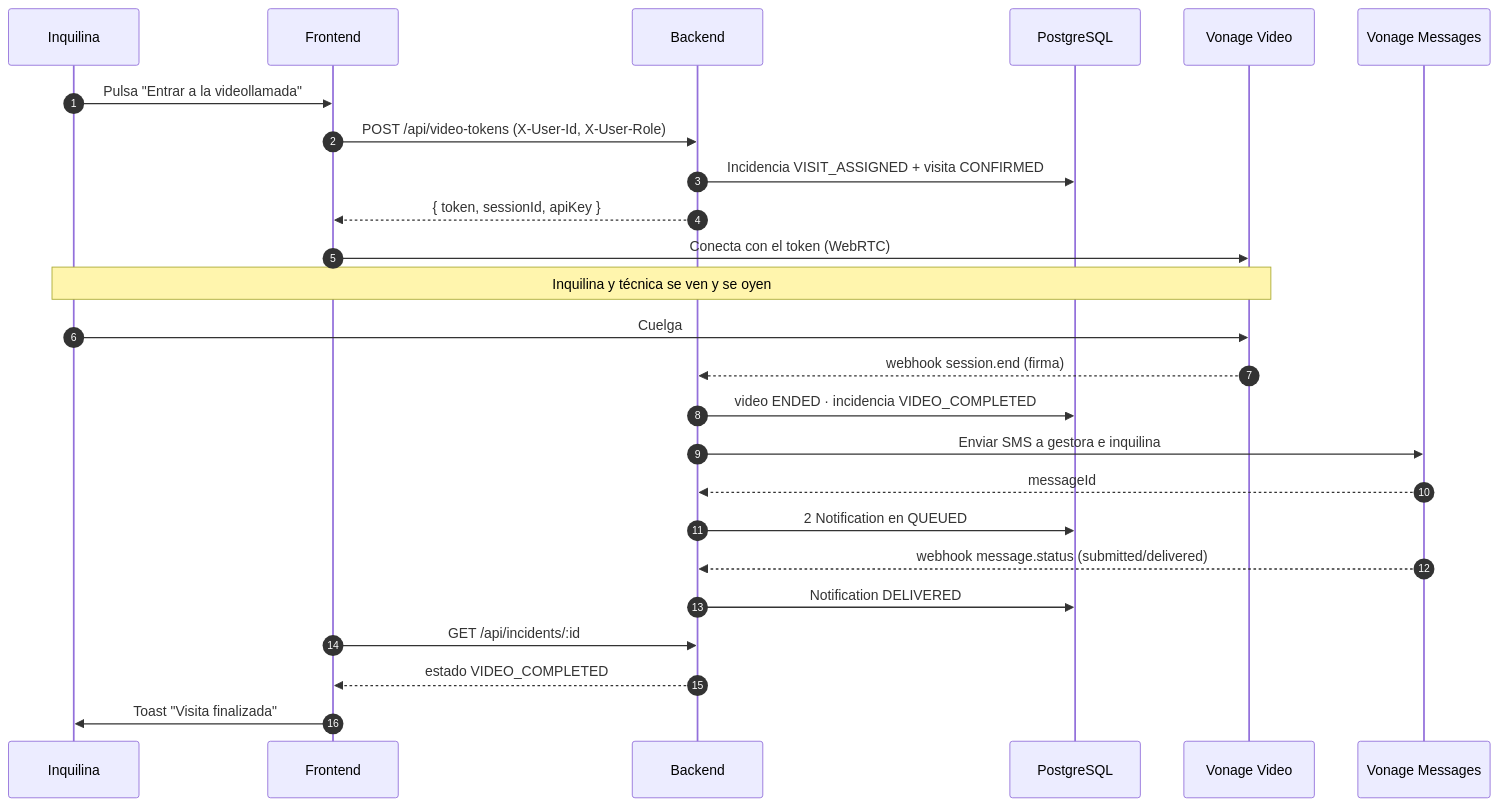
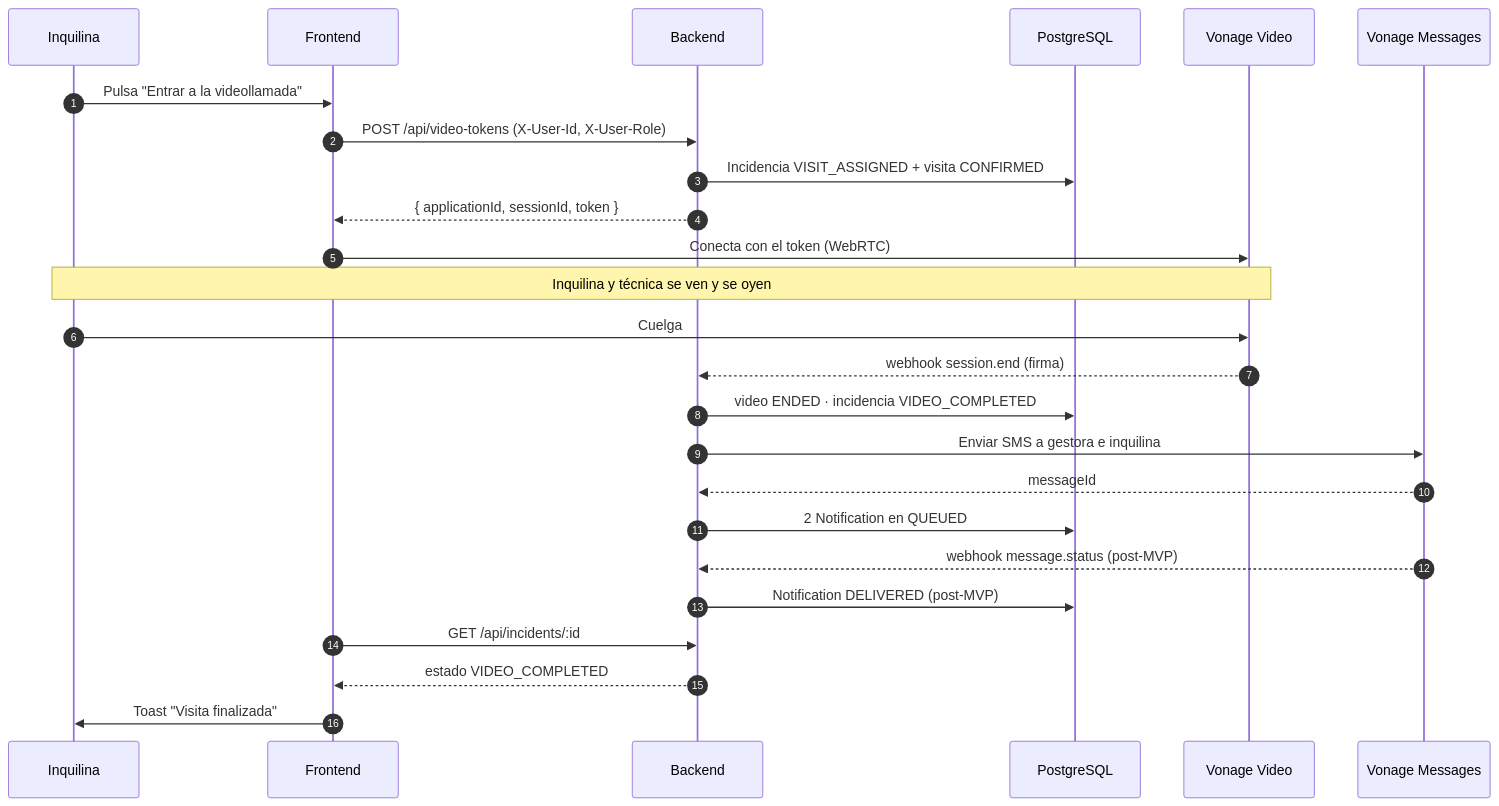
The second of 2 diagrams in docs/ARCHITECTURE.md (femCodersClub-vonage-program/homefix-connect), drawn with Mermaid before and after one commit. The commit also changed other lines of this file, not shown here.

Commit message:
docs(architecture): align token response and mark delivery flow as post-MVP

````diff
--- a/docs/ARCHITECTURE.md
+++ b/docs/ARCHITECTURE.md
@@ -62,29 +62,29 @@
 ```mermaid
 sequenceDiagram
   autonumber
   participant T as Inquilina
   participant F as Frontend
   participant B as Backend
   participant DB as PostgreSQL
   participant V as Vonage Video
   participant M as Vonage Messages
 
   T->>F: Pulsa "Entrar a la videollamada"
   F->>B: POST /api/video-tokens (X-User-Id, X-User-Role)
   B->>DB: Incidencia VISIT_ASSIGNED + visita CONFIRMED
-  B-->>F: { token, sessionId, apiKey }
+  B-->>F: { applicationId, sessionId, token }
   F->>V: Conecta con el token (WebRTC)
   Note over T,V: Inquilina y técnica se ven y se oyen
 
   T->>V: Cuelga
   V-->>B: webhook session.end (firma)
   B->>DB: video ENDED · incidencia VIDEO_COMPLETED
   B->>M: Enviar SMS a gestora e inquilina
   M-->>B: messageId
   B->>DB: 2 Notification en QUEUED
-  M-->>B: webhook message.status (submitted/delivered)
-  B->>DB: Notification DELIVERED
+  M-->>B: webhook message.status (post-MVP)
+  B->>DB: Notification DELIVERED (post-MVP)
   F->>B: GET /api/incidents/:id
   B-->>F: estado VIDEO_COMPLETED
   F->>T: Toast "Visita finalizada"
 ```
````
